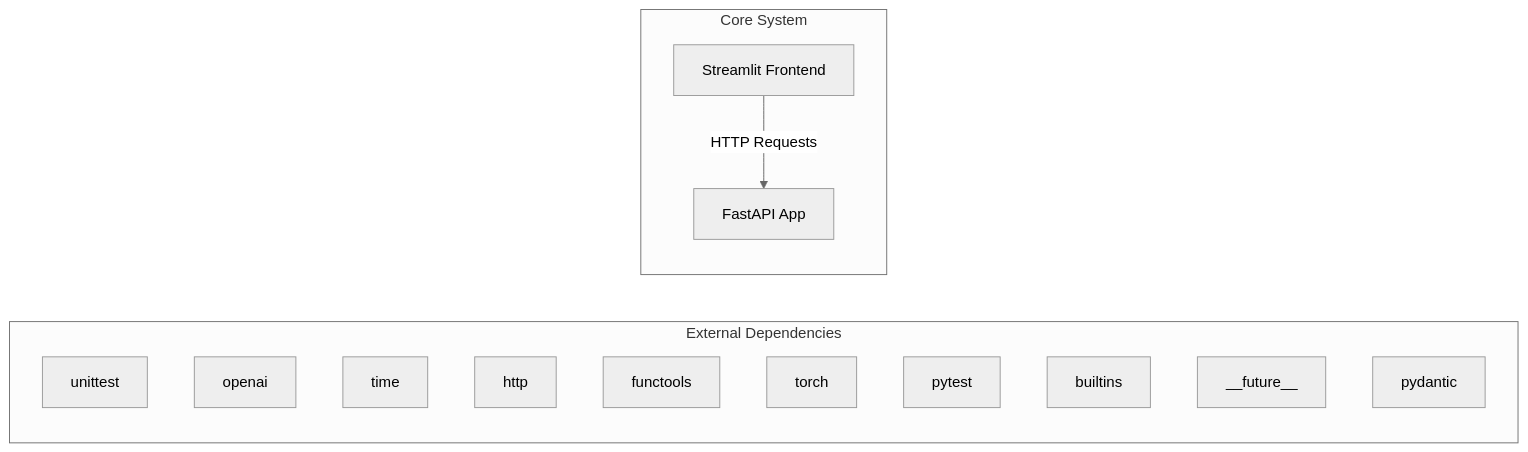
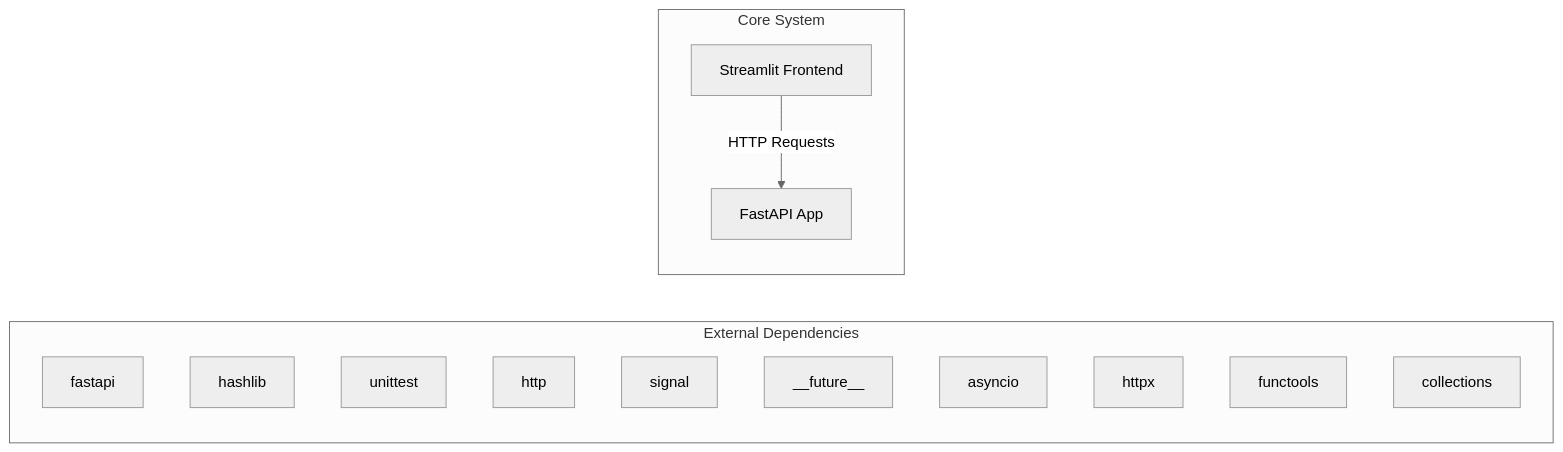
Before and after one commit to NITISH-R-G/rag-context-optimizer: the first of 2 diagrams in docs/architecture.md, drawn with Mermaid (neutral theme). The commit also changed 1 other file, not shown here.

Commit message:
docs: auto-update repository knowledge, architecture diagrams, and documentation

````diff
--- a/docs/architecture.md
+++ b/docs/architecture.md
@@ -7,20 +7,20 @@
 ```mermaid
 graph LR
     subgraph External Dependencies
-        E0["unittest"]
-        E1["openai"]
-        E2["time"]
+        E0["fastapi"]
+        E1["hashlib"]
+        E2["unittest"]
         E3["http"]
-        E4["functools"]
-        E5["torch"]
-        E6["pytest"]
-        E7["builtins"]
-        E8["__future__"]
-        E9["pydantic"]
+        E4["signal"]
+        E5["__future__"]
+        E6["asyncio"]
+        E7["httpx"]
+        E8["functools"]
+        E9["collections"]
     end
     subgraph Core System
         API["FastAPI App"]
         UI["Streamlit Frontend"]
     end
     UI -->|HTTP Requests| API
 ```
````
